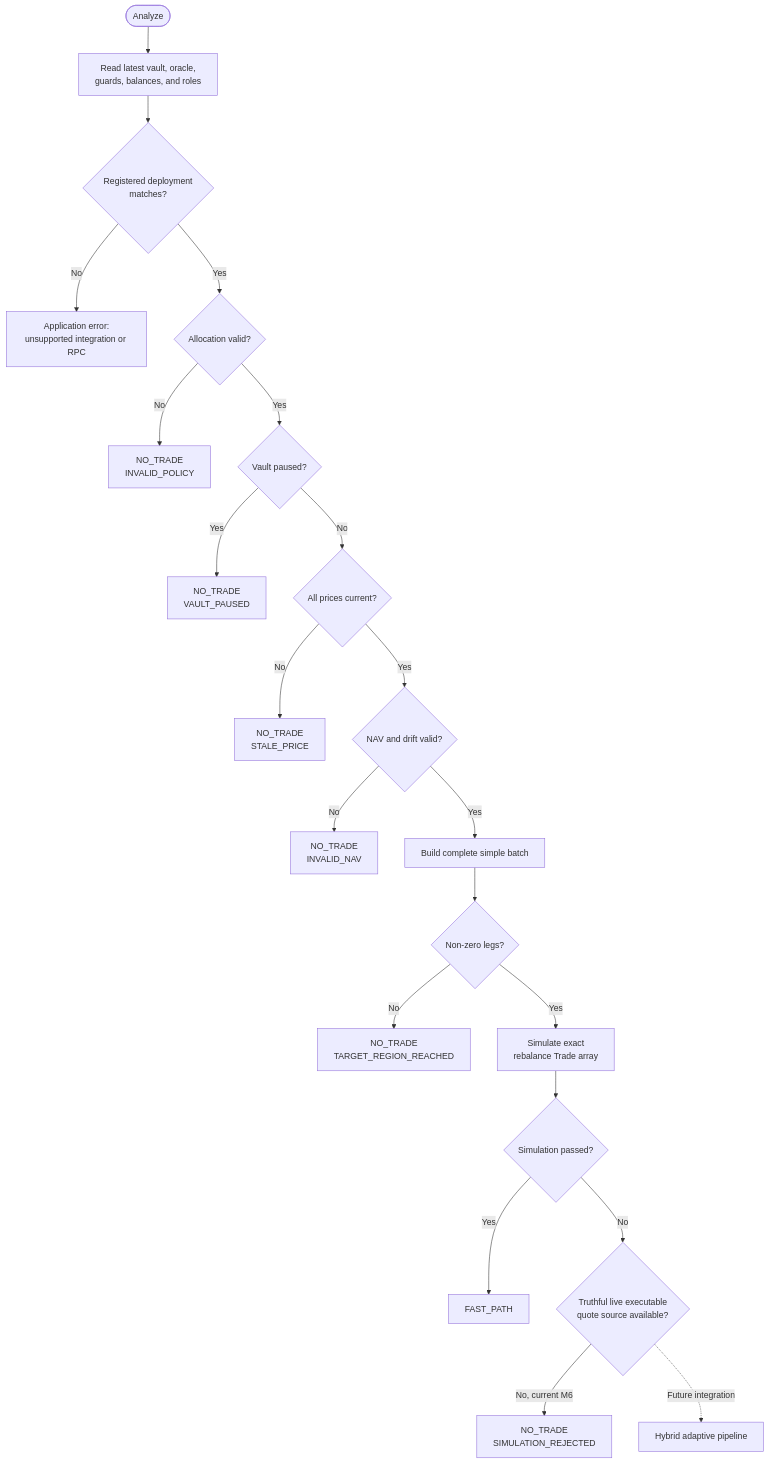
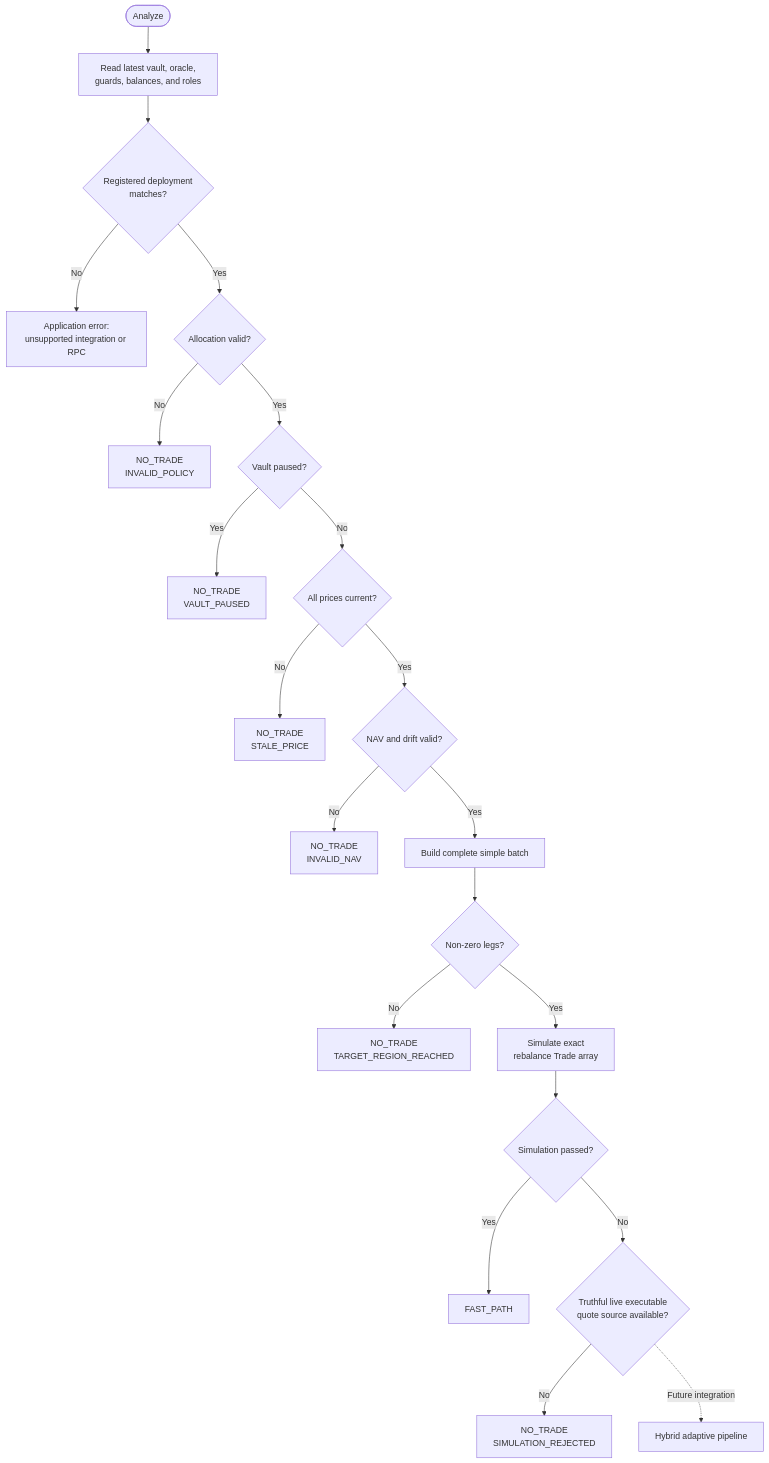
Before and after one commit to karagozemin/setpoint: the fifth of 6 diagrams in docs/ARCHITECTURE.md, drawn with Mermaid. The commit also changed other lines of this file and 45 other files, not shown here.

````diff
--- a/docs/ARCHITECTURE.md
+++ b/docs/ARCHITECTURE.md
@@ -169,23 +256,23 @@
 ```mermaid
 flowchart TD
     Start([Analyze]) --> Read[Read latest vault, oracle,<br/>guards, balances, and roles]
     Read --> Integration{Registered deployment<br/>matches?}
     Integration -- No --> AppError[Application error:<br/>unsupported integration or RPC]
     Integration -- Yes --> Policy{Allocation valid?}
     Policy -- No --> Invalid[NO_TRADE<br/>INVALID_POLICY]
     Policy -- Yes --> Pause{Vault paused?}
     Pause -- Yes --> Paused[NO_TRADE<br/>VAULT_PAUSED]
     Pause -- No --> Fresh{All prices current?}
     Fresh -- No --> Stale[NO_TRADE<br/>STALE_PRICE]
     Fresh -- Yes --> Accounting{NAV and drift valid?}
     Accounting -- No --> InvalidNav[NO_TRADE<br/>INVALID_NAV]
     Accounting -- Yes --> Build[Build complete simple batch]
     Build --> Legs{Non-zero legs?}
     Legs -- No --> Reached[NO_TRADE<br/>TARGET_REGION_REACHED]
     Legs -- Yes --> Sim[Simulate exact<br/>rebalance Trade array]
     Sim --> Passed{Simulation passed?}
     Passed -- Yes --> Fast[FAST_PATH]
     Passed -- No --> Quote{Truthful live executable<br/>quote source available?}
-    Quote -- No, current M6 --> Rejected[NO_TRADE<br/>SIMULATION_REJECTED]
+    Quote -- No --> Rejected[NO_TRADE<br/>SIMULATION_REJECTED]
     Quote -. Future integration .-> Hybrid[Hybrid adaptive pipeline]
 ```
````
